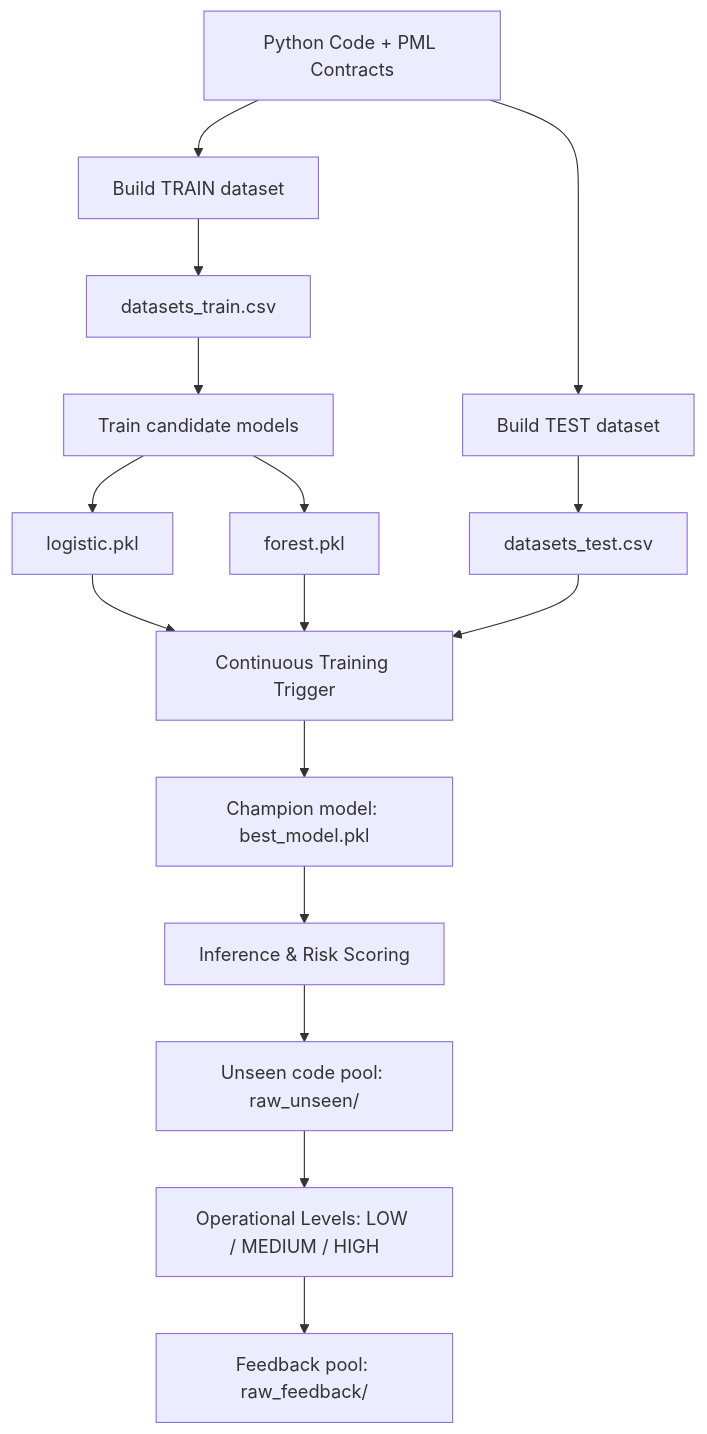
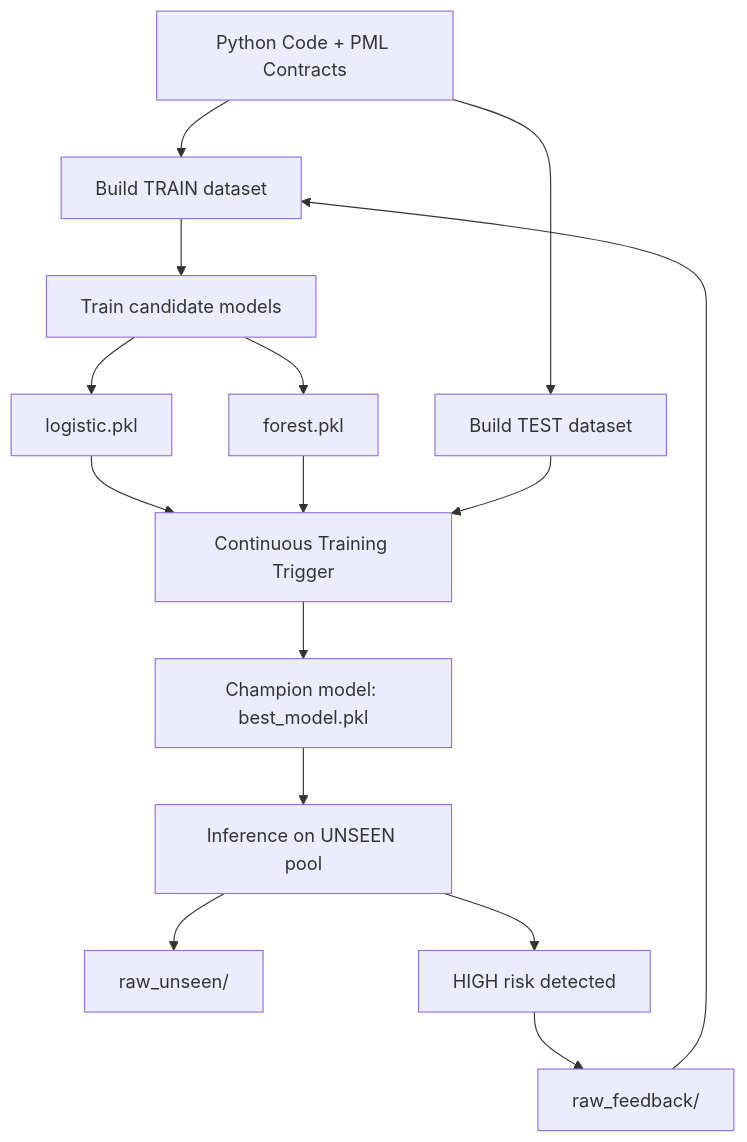
The diagram in README.md (CERTprogramming/SpecLens-PML), drawn with Mermaid before and after one commit. The commit also changed other lines of this file and 20 other files, not shown here.

````diff
--- a/README.md
+++ b/README.md
@@ -45,23 +26,24 @@
 ```mermaid
 flowchart TD
 
     A[Python Code + PML Contracts] --> B1[Build TRAIN dataset]
     A --> B2[Build TEST dataset]
-    B1 --> C1[datasets_train.csv]
-    B2 --> C2[datasets_test.csv]
 
-    C1 --> D[Train candidate models]
+    B1 --> D[Train candidate models]
     D --> E1[logistic.pkl]
     D --> E2[forest.pkl]
 
     E1 --> F[Continuous Training Trigger]
     E2 --> F
+    B2 --> F
 
-    C2 --> F
     F --> G[Champion model: best_model.pkl]
 
-    G --> H[Inference & Risk Scoring]
-    H --> I[Unseen code pool: raw_unseen/]
-    I --> J[Operational Levels: LOW / MEDIUM / HIGH]
-    J --> K[Feedback pool: raw_feedback/]
+    G --> H[Inference on UNSEEN pool]
+    H --> I[raw_unseen/]
+
+    H --> J[HIGH risk detected]
+    J --> K[raw_feedback/]
+
+    K --> B1
 ```
````
